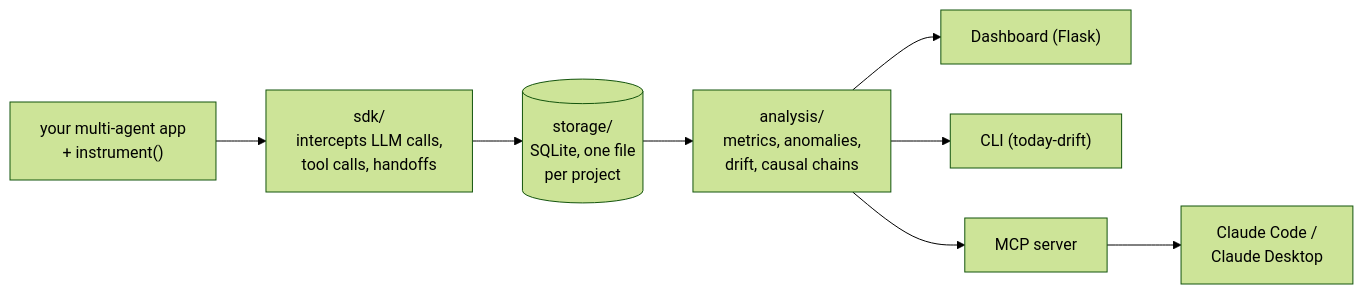
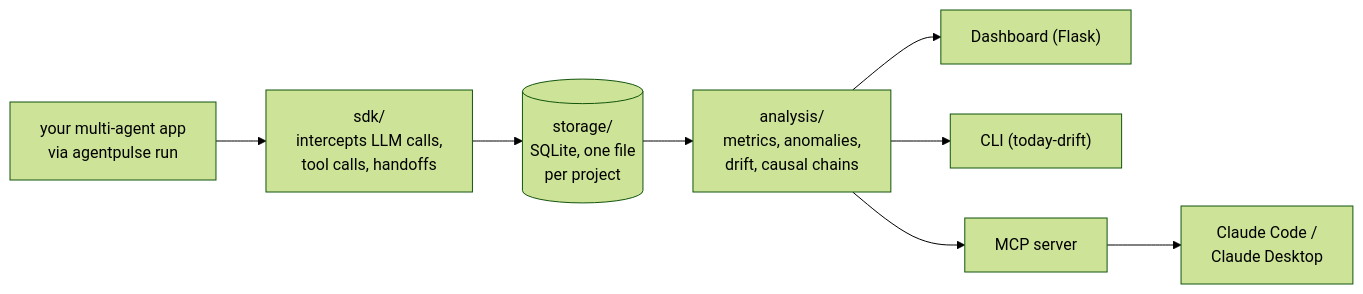
One commit to prove-ai/agentpulse changed the diagram in README.md. Above: the diagram before and after it, drawn with Mermaid (forest theme). The commit also changed other lines of this file, not shown here.

Commit message:
README: remove instrument() fallback — agentpulse run is the only documented integration

````diff
--- a/README.md
+++ b/README.md
@@ -26,10 +26,10 @@
 ```mermaid
 flowchart LR
-    A["your multi-agent app<br/>+ instrument()"] --> B["sdk/<br/>intercepts LLM calls,<br/>tool calls, handoffs"]
+    A["your multi-agent app<br/>via agentpulse run"] --> B["sdk/<br/>intercepts LLM calls,<br/>tool calls, handoffs"]
     B --> C[("storage/<br/>SQLite, one file<br/>per project")]
     C --> D["analysis/<br/>metrics, anomalies,<br/>drift, causal chains"]
     D --> E["Dashboard (Flask)"]
     D --> F["CLI (today-drift)"]
     D --> G["MCP server"]
     G --> H["Claude Code /<br/>Claude Desktop"]
 ```
````
